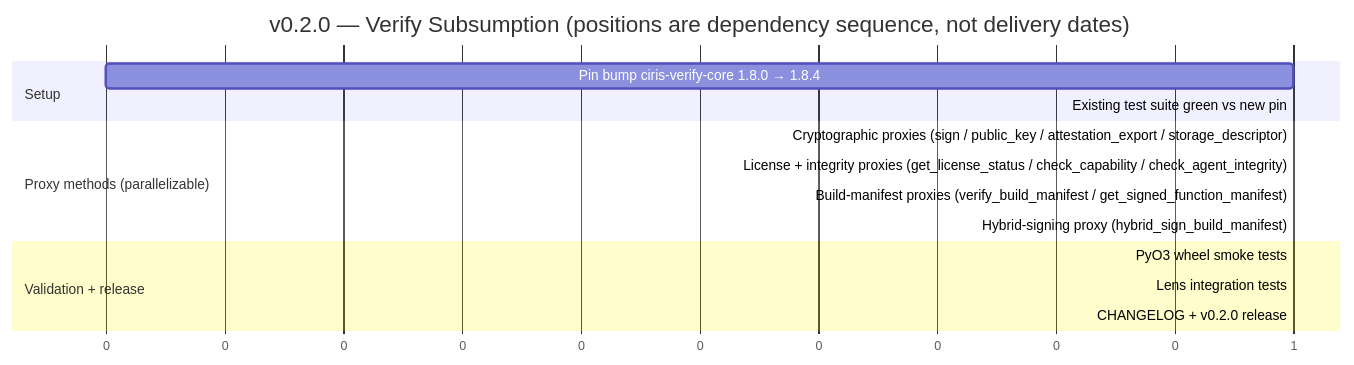
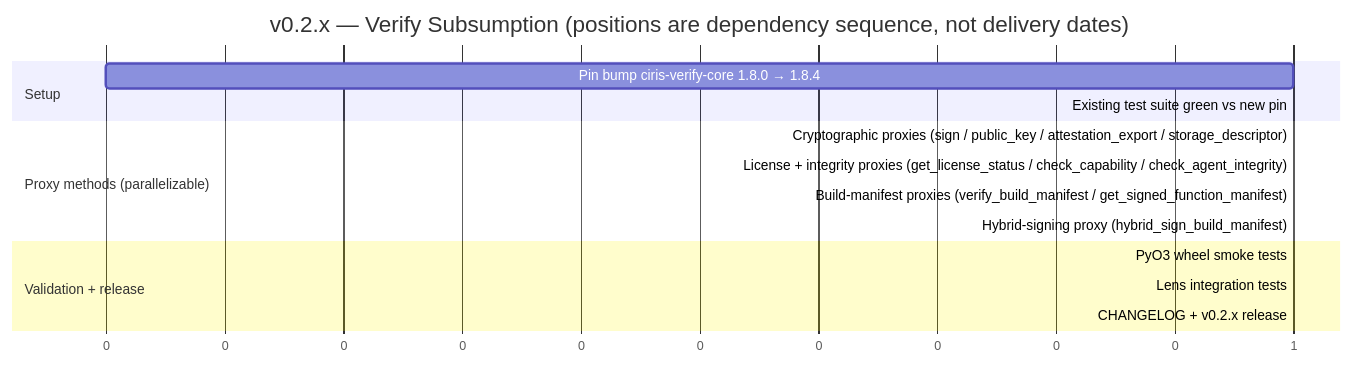
Before and after one commit to CIRISAI/CIRISPersist: the diagram in docs/V0.2.0_VERIFY_SUBSUMPTION.md, drawn with Mermaid. The commit also changed other lines of this file and 2 other files, not shown here.

````diff
--- a/docs/V0.2.0_VERIFY_SUBSUMPTION.md
+++ b/docs/V0.2.0_VERIFY_SUBSUMPTION.md
@@ -230,21 +237,21 @@
 ```mermaid
 gantt
-    title v0.2.0 — Verify Subsumption (positions are dependency sequence, not delivery dates)
+    title v0.2.x — Verify Subsumption (positions are dependency sequence, not delivery dates)
     dateFormat X
     axisFormat %s
 
     section Setup
     Pin bump ciris-verify-core 1.8.0 → 1.8.4    :v20a, 0, 1
     Existing test suite green vs new pin        :v20b, after v20a, 1
 
     section Proxy methods (parallelizable)
     Cryptographic proxies (sign / public_key / attestation_export / storage_descriptor)  :v20c1, after v20b, 1
     License + integrity proxies (get_license_status / check_capability / check_agent_integrity)  :v20c2, after v20b, 1
     Build-manifest proxies (verify_build_manifest / get_signed_function_manifest)  :v20c3, after v20b, 1
     Hybrid-signing proxy (hybrid_sign_build_manifest)  :v20c4, after v20b, 1
 
     section Validation + release
     PyO3 wheel smoke tests                      :v20d, after v20c1 v20c2 v20c3 v20c4, 1
     Lens integration tests                      :v20e, after v20d, 1
-    CHANGELOG + v0.2.0 release                  :v20f, after v20e, 1
+    CHANGELOG + v0.2.x release                  :v20f, after v20e, 1
 ```
````
